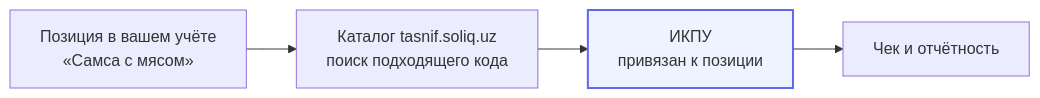
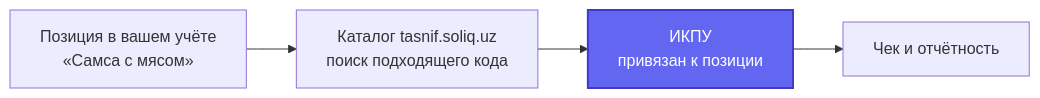
Before and after one commit to Shohruh1997/uz-fiscal-compliance-notes: the first of 3 diagrams in README.md, drawn with Mermaid. The commit also changed other lines of this file, not shown here.

````diff
--- a/README.md
+++ b/README.md
@@ -33,8 +37,8 @@
 ```mermaid
 flowchart LR
     P[Позиция в вашем учёте<br/>«Самса с мясом»] --> C[Каталог tasnif.soliq.uz<br/>поиск подходящего кода]
     C --> K[ИКПУ<br/>привязан к позиции]
     K --> R[Чек и отчётность]
 
-    style K fill:#eef4ff,stroke:#6366f1,stroke-width:2px
+    style K fill:#6366f1,stroke:#4338ca,stroke-width:2px,color:#ffffff
 ```
````
